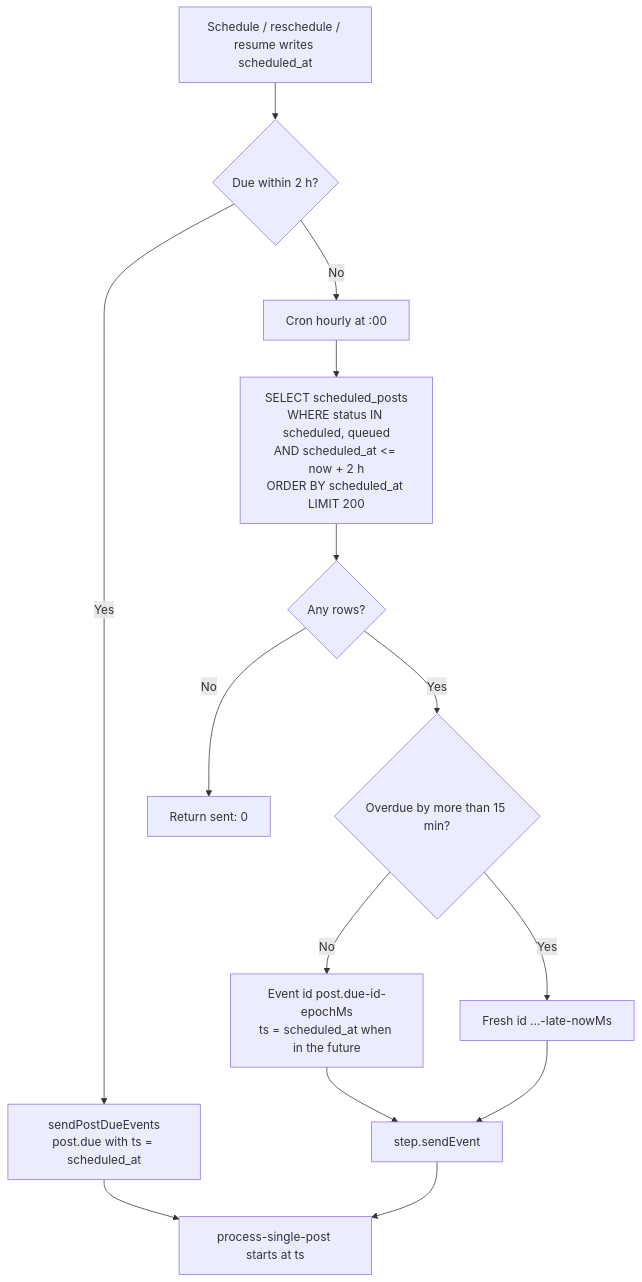
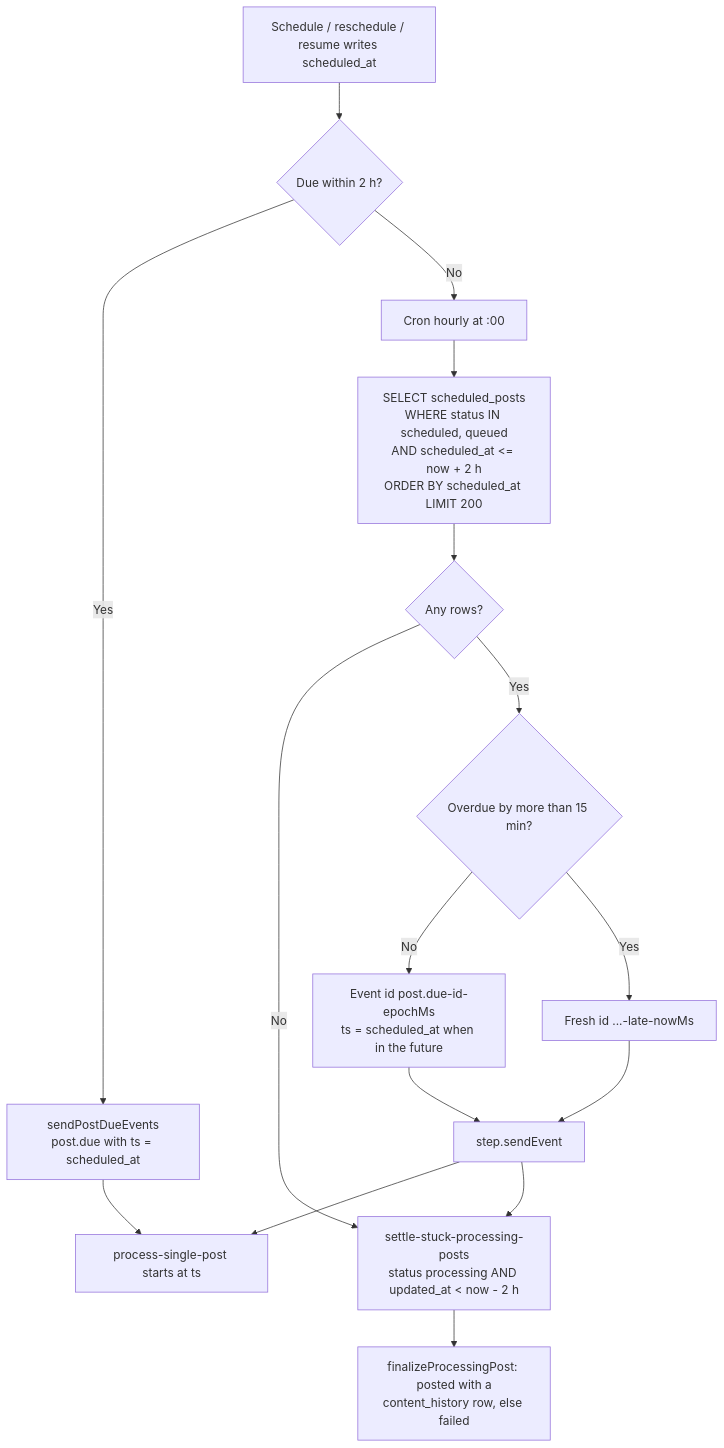
The first of 5 diagrams in docs/INNGEST.md (Andy00L/sharetopus), drawn with Mermaid before and after one commit. The commit also changed other lines of this file and 15 other files, not shown here.

First line of the commit message:
fix(posts): a scheduled post publishes at most once, delete refuses a publishing post

````diff
--- a/docs/INNGEST.md
+++ b/docs/INNGEST.md
@@ -91,16 +91,18 @@
 ```mermaid
 flowchart TD
     W[Schedule / reschedule / resume writes scheduled_at] --> S{Due within 2 h?}
     S -->|Yes| E[sendPostDueEvents\npost.due with ts = scheduled_at]
     S -->|No| T
     T[Cron hourly at :00] --> B[SELECT scheduled_posts\nWHERE status IN scheduled, queued\nAND scheduled_at <= now + 2 h\nORDER BY scheduled_at LIMIT 200]
     B --> C{Any rows?}
-    C -->|No| D[Return sent: 0]
+    C -->|No| ST
     C -->|Yes| P{Overdue by more than 15 min?}
     P -->|No| O[Event id post.due-id-epochMs\nts = scheduled_at when in the future]
     P -->|Yes| L[Fresh id ...-late-nowMs]
     O --> G[step.sendEvent]
     L --> G
     E --> R[process-single-post starts at ts]
     G --> R
+    G --> ST[settle-stuck-processing-posts\nstatus processing AND updated_at < now - 2 h]
+    ST --> F[finalizeProcessingPost: posted with a\ncontent_history row, else failed]
 ```
````
